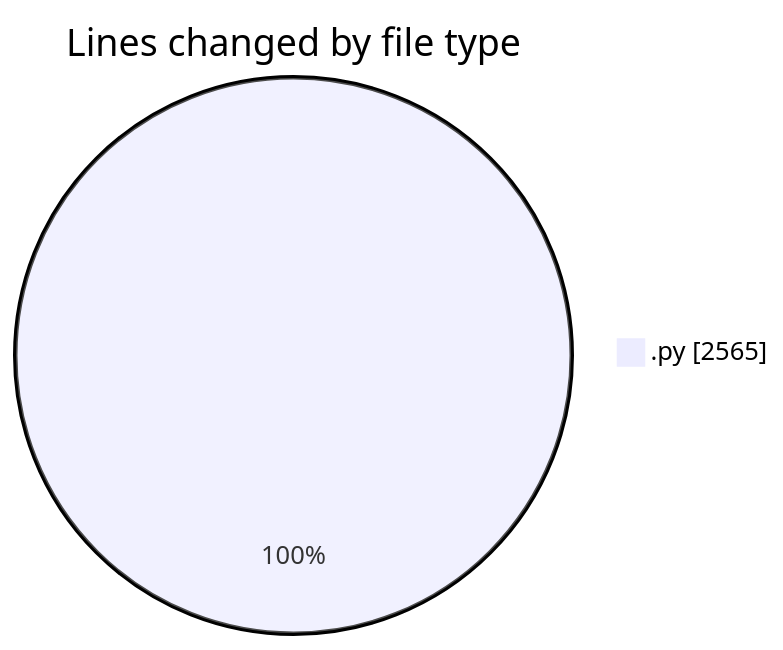
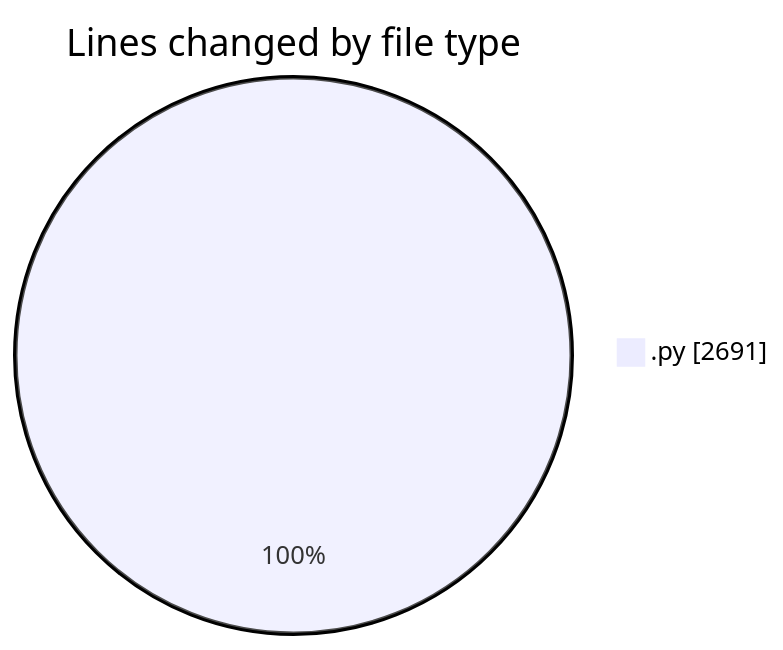
One commit to julien-gomy/code-tracking changed the first of 2 diagrams in 2025-11-25/eventscop-api-guide__workspace_/README.md. Above: the diagram before and after it, drawn with Mermaid. The commit also changed other lines of this file and 1 other file, not shown here.

````diff
--- a/2025-11-25/eventscop-api-guide__workspace_/README.md
+++ b/2025-11-25/eventscop-api-guide__workspace_/README.md
@@ -24,5 +25,5 @@
 ```mermaid
 pie showData
 title Lines changed by file type
-".py" : 2565
+".py" : 2691
 ```
````
